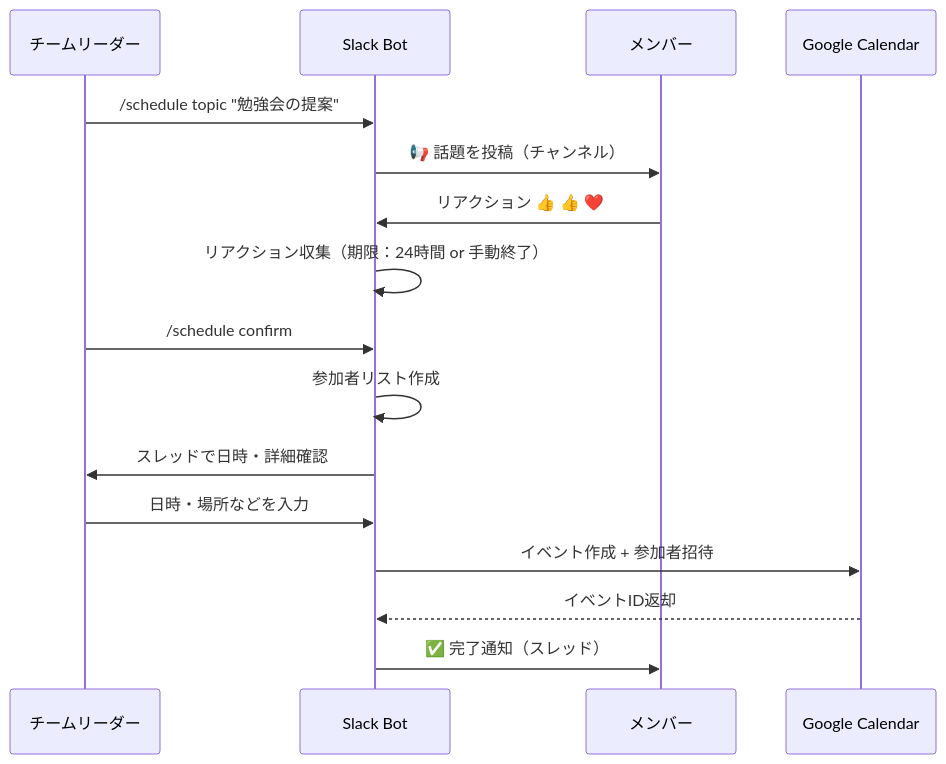
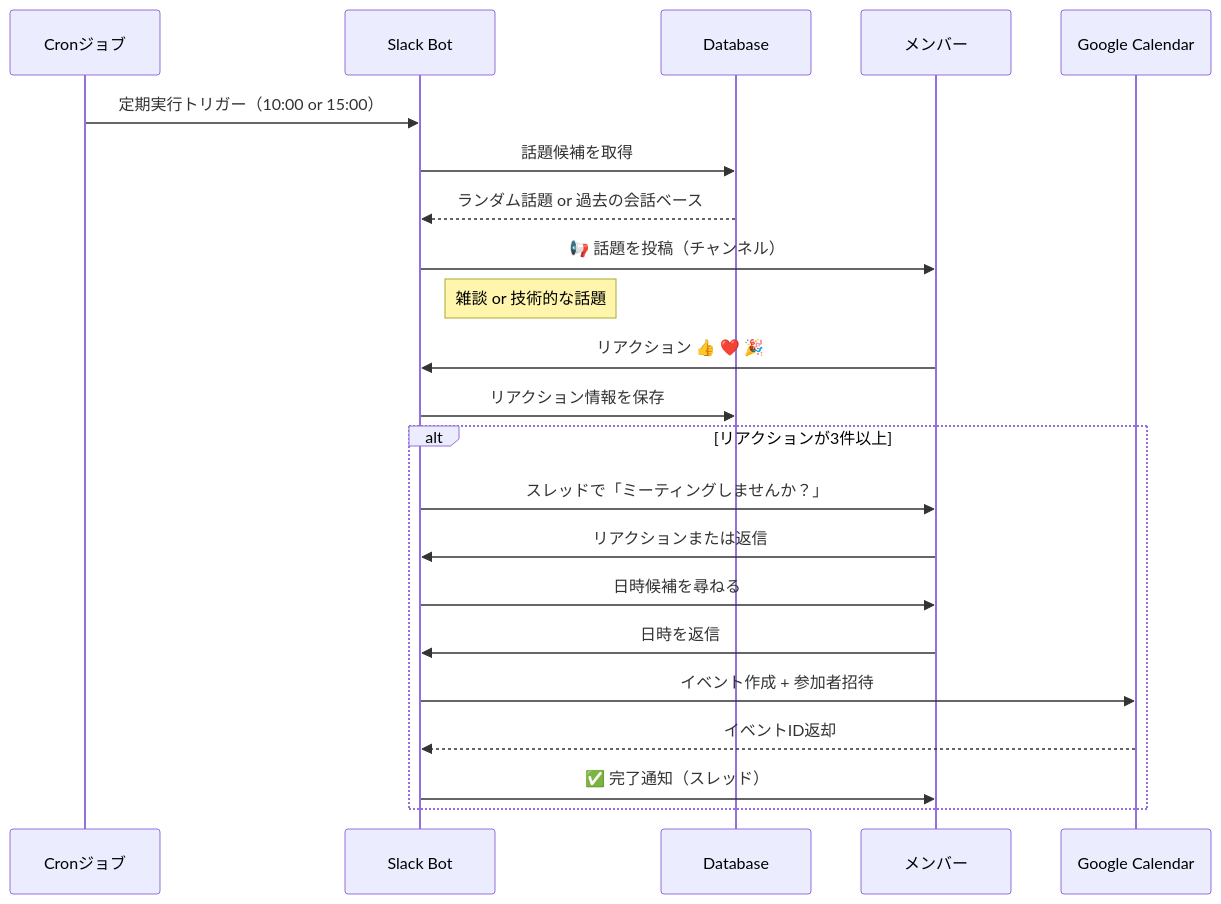
The first of 3 diagrams in slack-bot-calendar-specification.md (HackathonTeamC/2025-hackathon-demo), drawn with Mermaid before and after one commit. The commit also changed other lines of this file, not shown here.

First line of the commit message:
Update specification: Change to automatic periodic topic posting

````diff
--- a/slack-bot-calendar-specification.md
+++ b/slack-bot-calendar-specification.md
@@ -291,19 +522,26 @@
 ```mermaid
 sequenceDiagram
-    participant Leader as チームリーダー
+    participant Cron as Cronジョブ
     participant Bot as Slack Bot
+    participant DB as Database
     participant Members as メンバー
     participant GCal as Google Calendar
 
-    Leader->>Bot: /schedule topic "勉強会の提案"
+    Cron->>Bot: 定期実行トリガー（10:00 or 15:00）
+    Bot->>DB: 話題候補を取得
+    DB-->>Bot: ランダム話題 or 過去の会話ベース
     Bot->>Members: 📢 話題を投稿（チャンネル）
-    Members->>Bot: リアクション 👍 👍 ❤️
-    Bot->>Bot: リアクション収集（期限：24時間 or 手動終了）
-    Leader->>Bot: /schedule confirm
-    Bot->>Bot: 参加者リスト作成
-    Bot->>Leader: スレッドで日時・詳細確認
-    Leader->>Bot: 日時・場所などを入力
-    Bot->>GCal: イベント作成 + 参加者招待
-    GCal-->>Bot: イベントID返却
-    Bot->>Members: ✅ 完了通知（スレッド）
+    Note right of Bot: 雑談 or 技術的な話題
+    Members->>Bot: リアクション 👍 ❤️ 🎉
+    Bot->>DB: リアクション情報を保存
+    
+    alt リアクションが3件以上
+        Bot->>Members: スレッドで「ミーティングしませんか？」
+        Members->>Bot: リアクションまたは返信
+        Bot->>Members: 日時候補を尋ねる
+        Members->>Bot: 日時を返信
+        Bot->>GCal: イベント作成 + 参加者招待
+        GCal-->>Bot: イベントID返却
+        Bot->>Members: ✅ 完了通知（スレッド）
+    end
 ```
````
